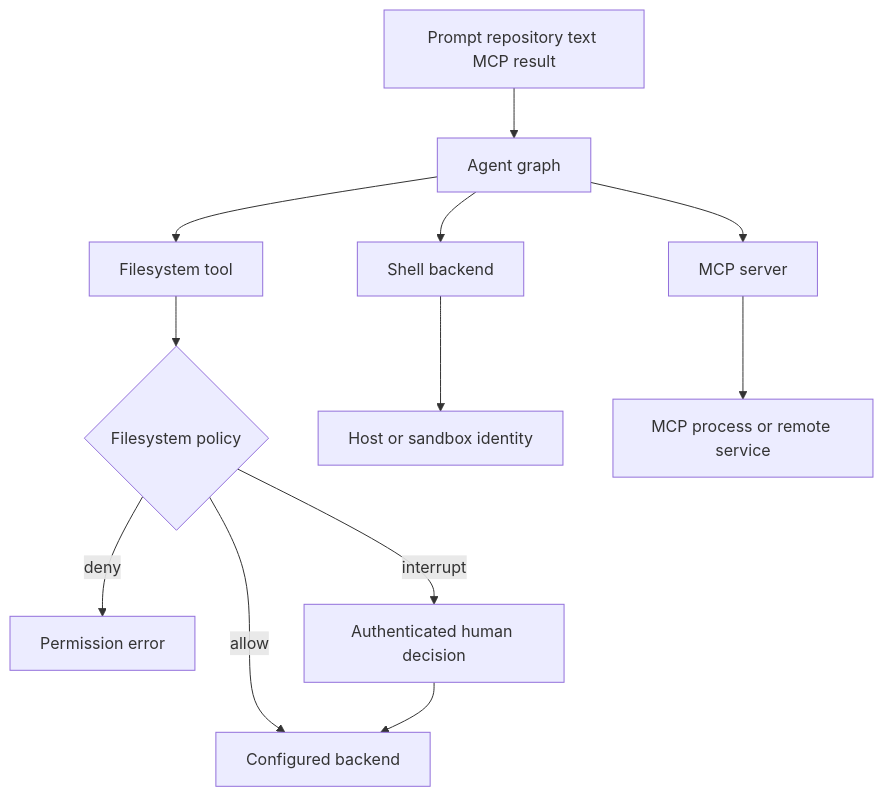
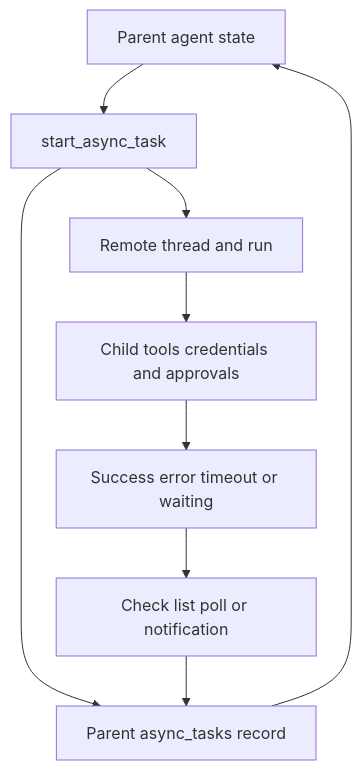
Before and after one commit to langchain-ai/deepagents: the second of 3 diagrams in openwiki/operations/security.md, drawn with Mermaid. The commit also changed other lines of this file and 35 other files, not shown here.

````diff
--- a/openwiki/operations/security.md
+++ b/openwiki/operations/security.md
@@ -67,14 +61,11 @@
 ```mermaid
 flowchart TD
-    Input["Prompt repository text MCP result"] --> Agent["Agent graph"]
-    Agent --> FSTool["Filesystem tool"]
-    Agent --> Shell["Shell backend"]
-    Agent --> MCP["MCP server"]
-    FSTool --> Rules{"Filesystem policy"}
-    Rules -->|"deny"| Refuse["Permission error"]
-    Rules -->|"interrupt"| Human["Authenticated human decision"]
-    Rules -->|"allow"| Backend["Configured backend"]
-    Human --> Backend
-    Shell --> Host["Host or sandbox identity"]
-    MCP --> Remote["MCP process or remote service"]
+    Parent["Parent agent state"] --> Start["start_async_task"]
+    Start --> Remote["Remote thread and run"]
+    Remote --> Child["Child tools credentials and approvals"]
+    Start --> Record["Parent async_tasks record"]
+    Child --> Outcome["Success error timeout or waiting"]
+    Outcome --> Observe["Check list poll or notification"]
+    Observe --> Record
+    Record --> Parent
 ```
````
